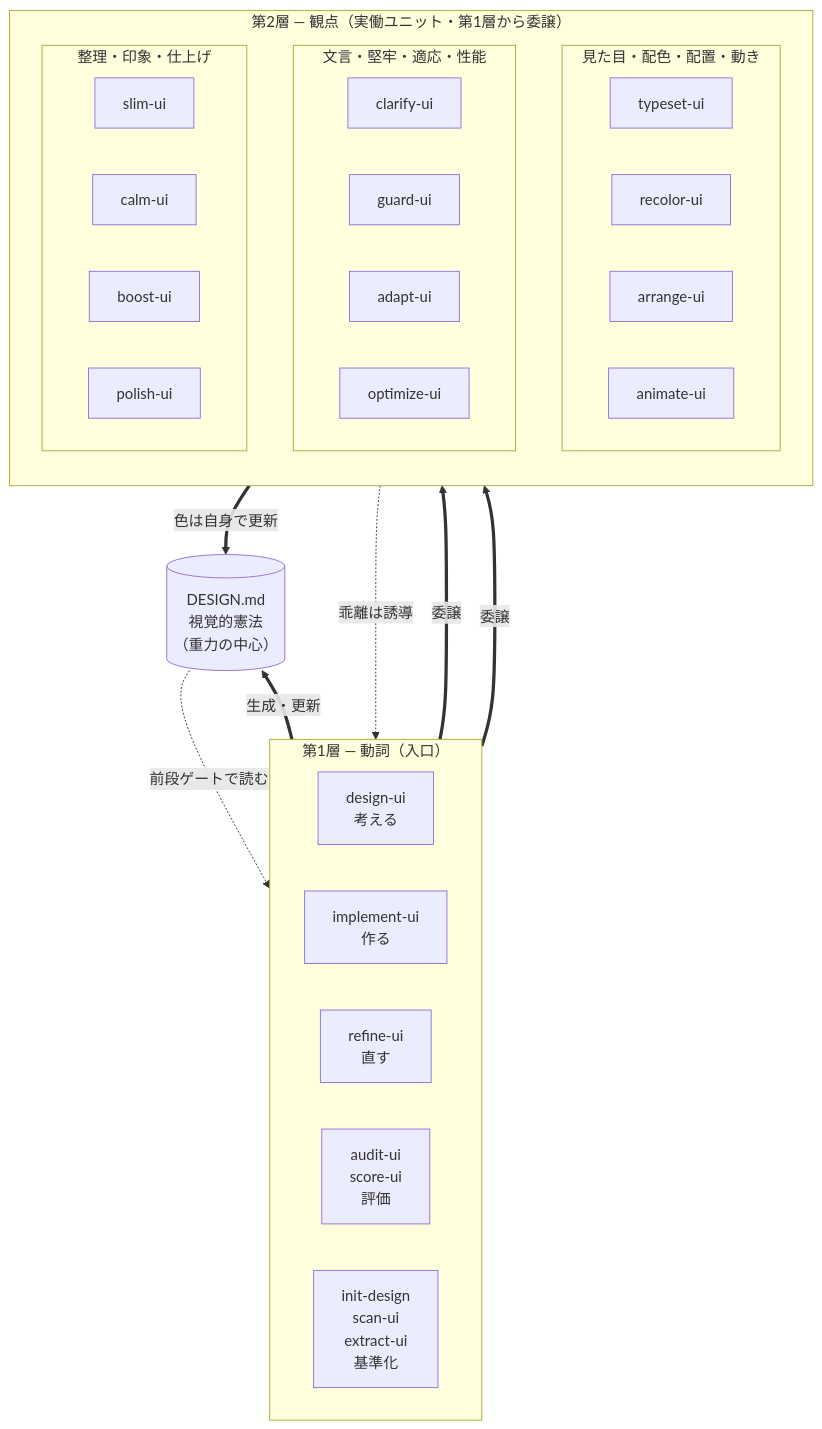
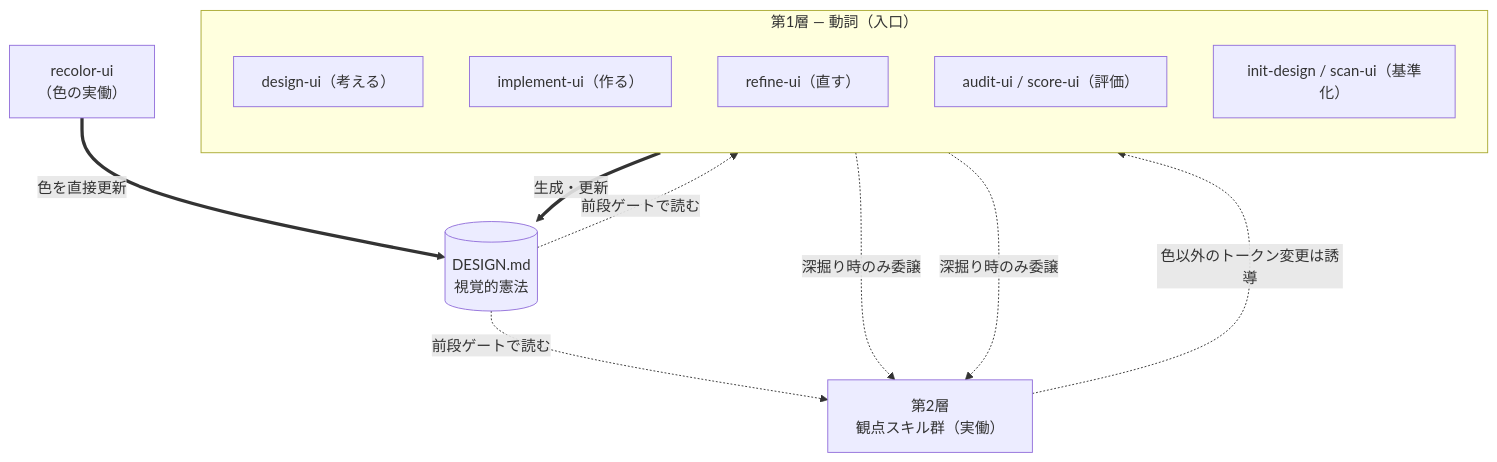
One commit to nextscape/ui-design-grounding changed the first of 2 diagrams in README.md. Above: the diagram before and after it, drawn with Mermaid. The commit also changed other lines of this file and 1 other file, not shown here.

Commit message:
fix(refine-ui): 委譲を条件付き（軽微＝自前/深掘り＝委譲）へ。READMEの配線を正確化・narrow化
- refine-ui を implement-ui と対称に（軽微は自前で直し、深掘りだけ第2層へ委譲）
- README 図1を縦長・集約に作り直し、配線を実体に一致させる
  （委譲は深掘り時のみ／DESIGN.md 書き手は init-design と recolor の2系統／色以外も init 経由で反映）

````diff
--- a/README.md
+++ b/README.md
@@ -54,45 +54,23 @@
 ```mermaid
 flowchart TB
   subgraph L1["第1層 — 動詞（入口）"]
-    direction LR
-    design["design-ui<br/>考える"]
-    implement["implement-ui<br/>作る"]
-    refine["refine-ui<br/>直す"]
-    eval["audit-ui<br/>score-ui<br/>評価"]
-    init["init-design<br/>scan-ui<br/>extract-ui<br/>基準化"]
+    direction TB
+    design["design-ui（考える）"]
+    implement["implement-ui（作る）"]
+    refine["refine-ui（直す）"]
+    eval["audit-ui / score-ui（評価）"]
+    init["init-design / scan-ui（基準化）"]
   end
 
-  DESIGN[("DESIGN.md<br/>視覚的憲法<br/>（重力の中心）")]
-
-  subgraph L2["第2層 — 観点（実働ユニット・第1層から委譲）"]
-    direction TB
-    subgraph R1["見た目・配色・配置・動き"]
-      direction LR
-      typeset["typeset-ui"]
-      recolor["recolor-ui"]
-      arrange["arrange-ui"]
-      animate["animate-ui"]
-    end
-    subgraph R2["文言・堅牢・適応・性能"]
-      direction LR
-      clarify["clarify-ui"]
-      guard["guard-ui"]
-      adapt["adapt-ui"]
-      optimize["optimize-ui"]
-    end
-    subgraph R3["整理・印象・仕上げ"]
-      direction LR
-      slim["slim-ui"]
-      calm["calm-ui"]
-      boost["boost-ui"]
-      polish["polish-ui"]
-    end
-  end
+  DESIGN[("DESIGN.md<br/>視覚的憲法")]
+  L2["第2層<br/>観点スキル群（実働）"]
+  recolor["recolor-ui<br/>（色の実働）"]
 
   init ==>|生成・更新| DESIGN
+  recolor ==>|色を直接更新| DESIGN
   DESIGN -.->|前段ゲートで読む| L1
-  implement ==>|委譲| L2
-  refine ==>|委譲| L2
-  recolor ==>|色は自身で更新| DESIGN
-  L2 -.->|乖離は誘導| init
+  DESIGN -.->|前段ゲートで読む| L2
+  implement -.->|深掘り時のみ委譲| L2
+  refine -.->|深掘り時のみ委譲| L2
+  L2 -.->|色以外のトークン変更は誘導| init
 ```
````
